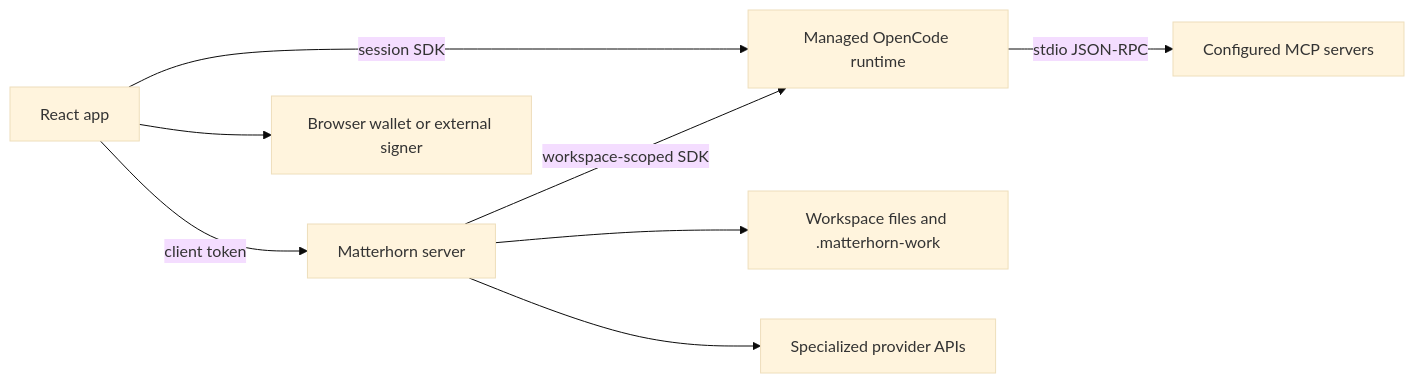
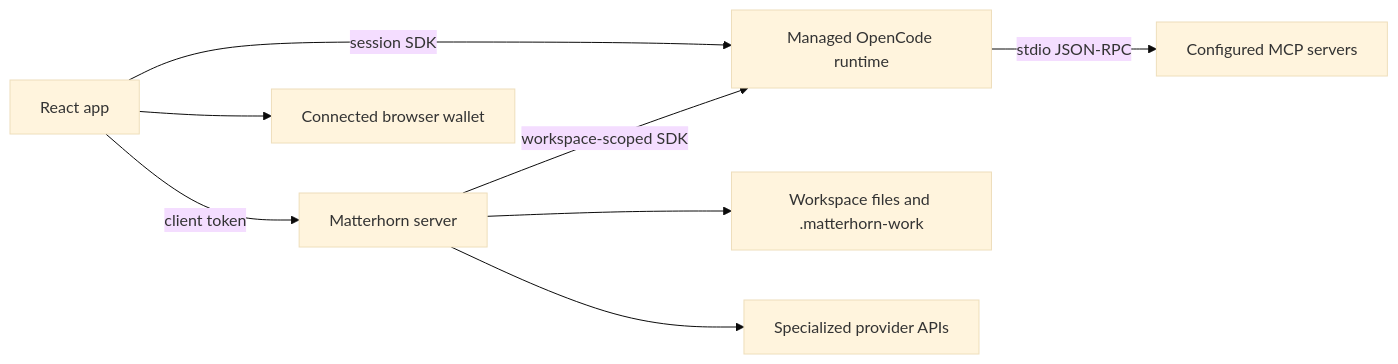
One commit to matterhornso/matterhorn-work changed the diagram in docs/platform-architecture.md. Above: the diagram before and after it, drawn with Mermaid (base theme). The commit also changed other lines of this file and 6 other files, not shown here.

Commit message:
docs(architecture): publish guarded agent runtime v3

````diff
--- a/docs/platform-architecture.md
+++ b/docs/platform-architecture.md
@@ -15,10 +17,10 @@
 ```mermaid
 flowchart LR
   UI[React app] -->|client token| Server[Matterhorn server]
   UI -->|session SDK| Engine[Managed OpenCode runtime]
   Server -->|workspace-scoped SDK| Engine
   Engine -->|stdio JSON-RPC| MCP[Configured MCP servers]
-  UI --> Wallet[Browser wallet or external signer]
+  UI --> Wallet[Connected browser wallet]
   Server --> Files[Workspace files and .matterhorn-work]
   Server --> Providers[Specialized provider APIs]
 ```
````
